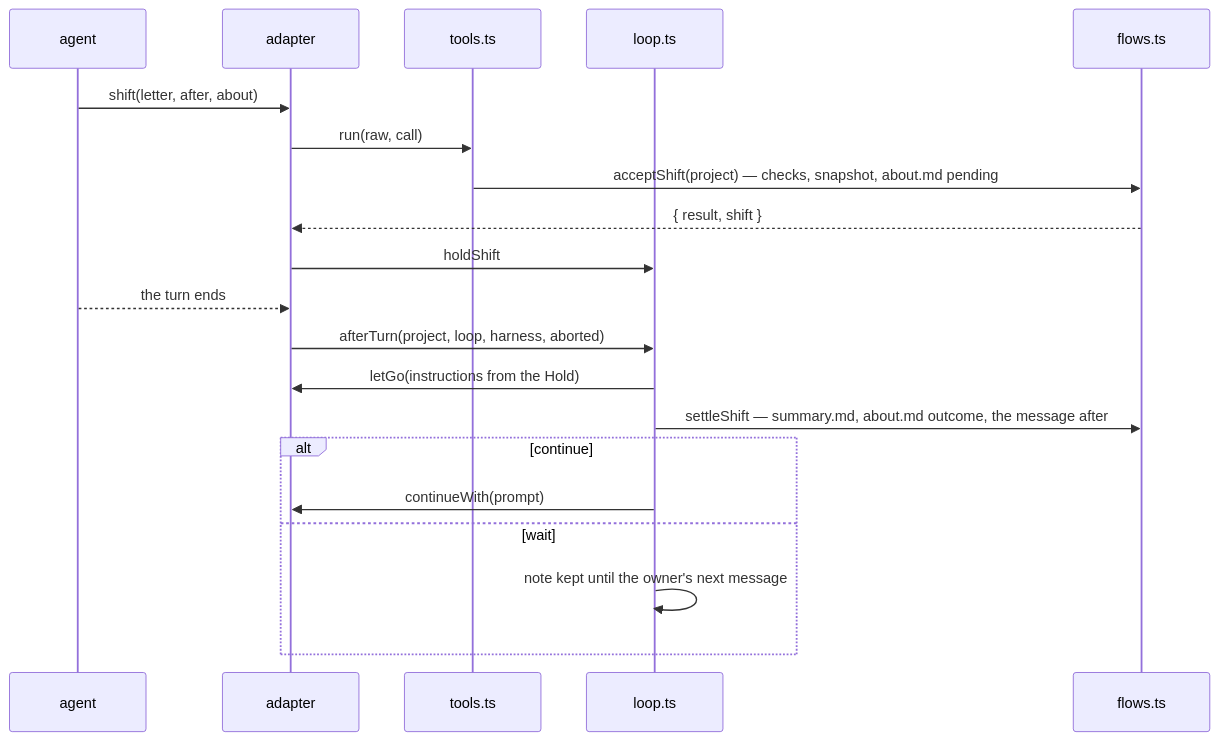
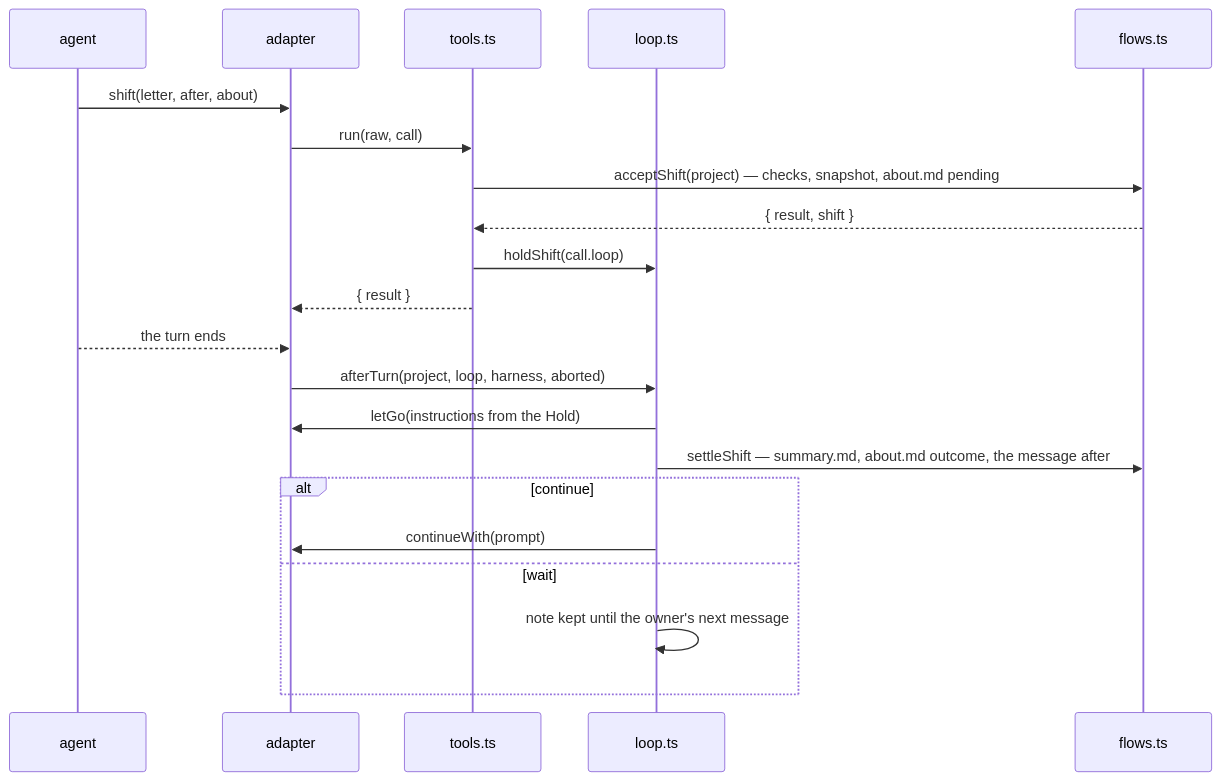
The diagram in docs/architecture.md (iiiokojiadbi/shift), drawn with Mermaid before and after one commit. The commit also changed other lines of this file and 6 other files, not shown here.

First line of the commit message:
Hold an accepted shift in the tool row, not in each adapter

````diff
--- a/docs/architecture.md
+++ b/docs/architecture.md
@@ -53,22 +53,23 @@
 ```mermaid
 sequenceDiagram
   participant A as agent
   participant H as adapter
   participant T as tools.ts
   participant L as loop.ts
   participant F as flows.ts
   A->>H: shift(letter, after, about)
   H->>T: run(raw, call)
   T->>F: acceptShift(project) — checks, snapshot, about.md pending
-  F-->>H: { result, shift }
-  H->>L: holdShift
+  F-->>T: { result, shift }
+  T->>L: holdShift(call.loop)
+  T-->>H: { result }
   A-->>H: the turn ends
   H->>L: afterTurn(project, loop, harness, aborted)
   L->>H: letGo(instructions from the Hold)
   L->>F: settleShift — summary.md, about.md outcome, the message after
   alt continue
     L->>H: continueWith(prompt)
   else wait
     L->>L: note kept until the owner's next message
   end
 ```
````
